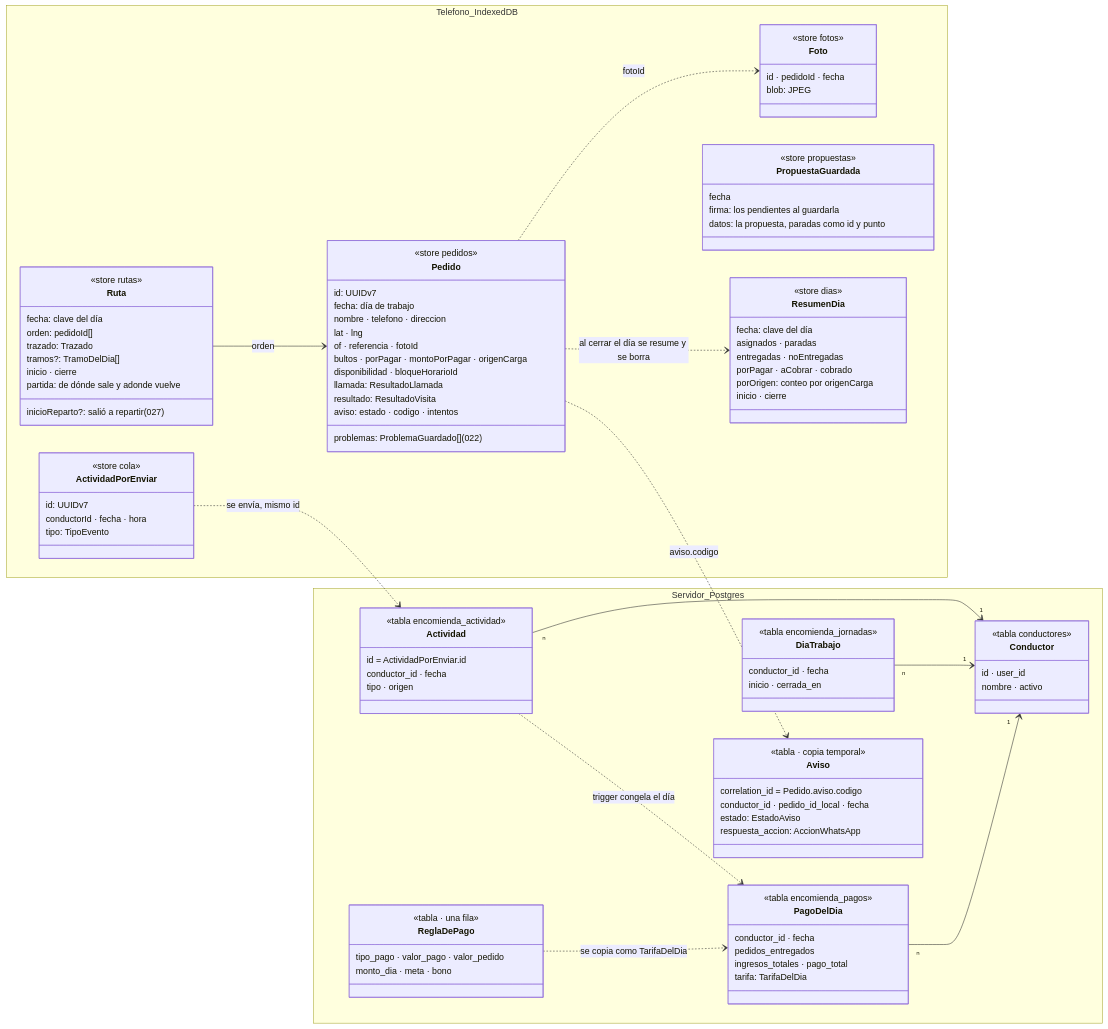
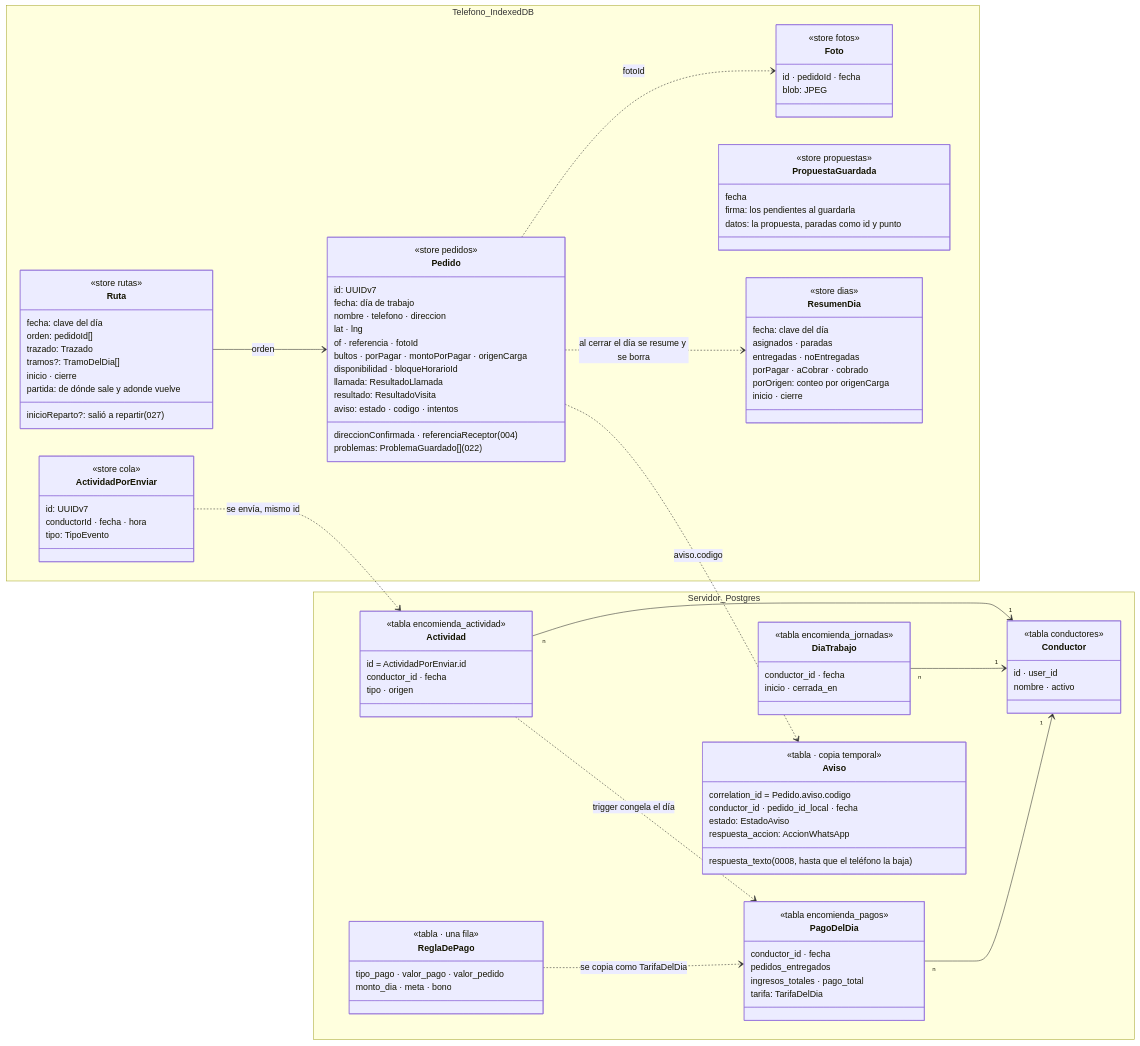
Before and after one commit to etianypr/ProyectoAres: the first of 3 diagrams in docs/CLASES.md, drawn with Mermaid. The commit also changed other lines of this file and 37 other files, not shown here.

```diff
--- a/docs/CLASES.md
+++ b/docs/CLASES.md
@@ -48,6 +48,7 @@
       llamada: ResultadoLlamada
       resultado: ResultadoVisita
       aviso: estado · codigo · intentos
+      direccionConfirmada · referenciaReceptor (004)
       problemas: ProblemaGuardado[] (022)
     }
     class Ruta {
@@ -122,6 +123,7 @@
       conductor_id · pedido_id_local · fecha
       estado: EstadoAviso
       respuesta_accion: AccionWhatsApp
+      respuesta_texto (0008, hasta que el teléfono la baja)
     }
   }
   Ruta --> Pedido : orden
```
